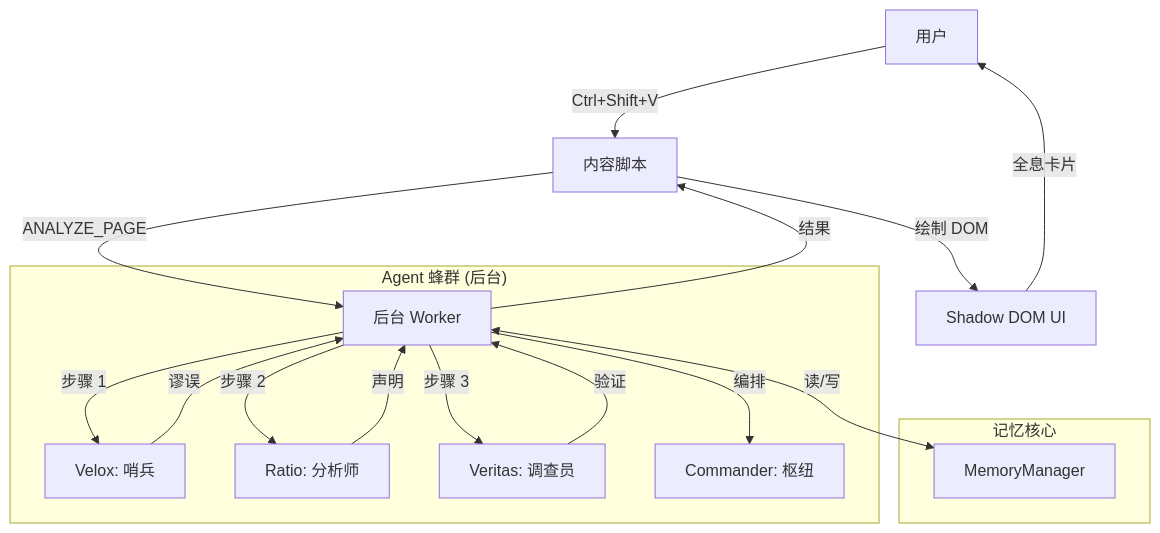
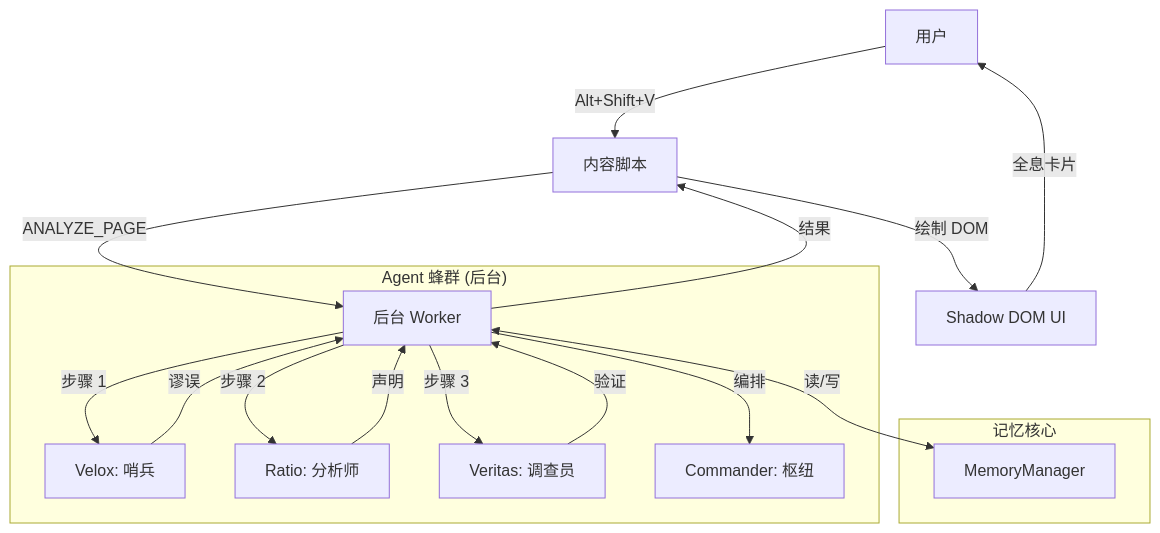
The diagram in docs/Project-Guide-Chinese.md (mqingcs/Project-VERITAS-The-Digital-Truth-Lens), drawn with Mermaid before and after one commit. The commit also changed other lines of this file and 4 other files, not shown here.

Commit message:
docs: Update hotkeys from Ctrl+Shift to Alt+Shift and fix project guide link.

````diff
--- a/docs/Project-Guide-Chinese.md
+++ b/docs/Project-Guide-Chinese.md
@@ -332,27 +332,27 @@
 ```mermaid
 flowchart TD
-    User[用户] -->|Ctrl+Shift+V| CS[内容脚本]
+    User[用户] -->|Alt+Shift+V| CS[内容脚本]
     CS -->|ANALYZE_PAGE| BG[后台 Worker]
     
     subgraph "Agent 蜂群 (后台)"
         BG -->|步骤 1| Velox[Velox: 哨兵]
         Velox -->|谬误| BG
         
         BG -->|步骤 2| Ratio[Ratio: 分析师]
         Ratio -->|声明| BG
         
         BG -->|步骤 3| Veritas[Veritas: 调查员]
         Veritas -->|验证| BG
         
         BG -->|编排| Commander[Commander: 枢纽]
     end
     
     subgraph "记忆核心"
         Mem[MemoryManager]
         BG <-->|读/写| Mem
     end
     
     BG -->|结果| CS
     CS -->|绘制 DOM| UI[Shadow DOM UI]
     UI -->|全息卡片| User
 ```
````
